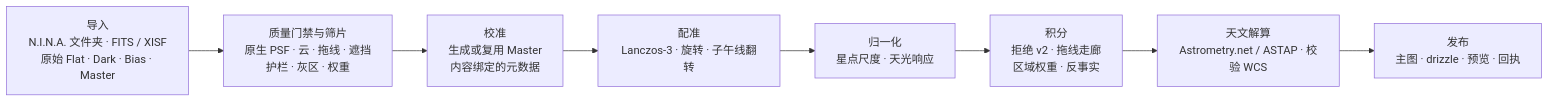
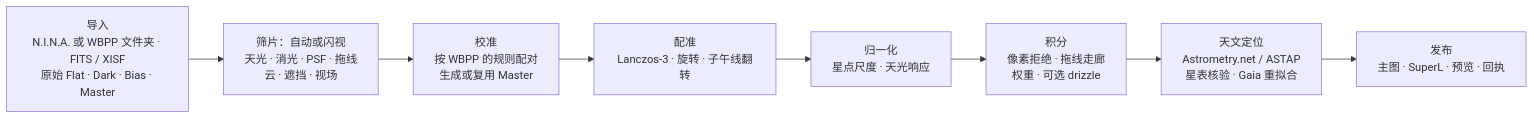
Before and after one commit to ShuoleiWang/Ultra-Fast-WBPP: the diagram in docs/README.zh-CN.md, drawn with Mermaid. The commit also changed other lines of this file and 182 other files, not shown here.

````diff
--- a/docs/README.zh-CN.md
+++ b/docs/README.zh-CN.md
@@ -88,10 +161,10 @@
 ```mermaid
 flowchart LR
-  A["导入<br/>N.I.N.A. 文件夹 · FITS / XISF<br/>原始 Flat · Dark · Bias · Master"] --> B["质量门禁与筛片<br/>原生 PSF · 云 · 拖线 · 遮挡<br/>护栏 · 灰区 · 权重"]
-  B --> C["校准<br/>生成或复用 Master<br/>内容绑定的元数据"]
+  A["导入<br/>N.I.N.A. 或 WBPP 文件夹 · FITS / XISF<br/>原始 Flat · Dark · Bias · Master"] --> B["筛片：自动或闪视<br/>天光 · 消光 · PSF · 拖线<br/>云 · 遮挡 · 视场"]
+  B --> C["校准<br/>按 WBPP 的规则配对<br/>生成或复用 Master"]
   C --> D["配准<br/>Lanczos-3 · 旋转 · 子午线翻转"]
   D --> E["归一化<br/>星点尺度 · 天光响应"]
-  E --> F["积分<br/>拒绝 v2 · 拖线走廊<br/>区域权重 · 反事实"]
-  F --> G["天文解算<br/>Astrometry.net / ASTAP · 校验 WCS"]
-  G --> H["发布<br/>主图 · drizzle · 预览 · 回执"]
+  E --> F["积分<br/>像素拒绝 · 拖线走廊<br/>权重 · 可选 drizzle"]
+  F --> G["天文定位<br/>Astrometry.net / ASTAP<br/>星表核验 · Gaia 重拟合"]
+  G --> H["发布<br/>主图 · SuperL · 预览 · 回执"]
 ```
````
